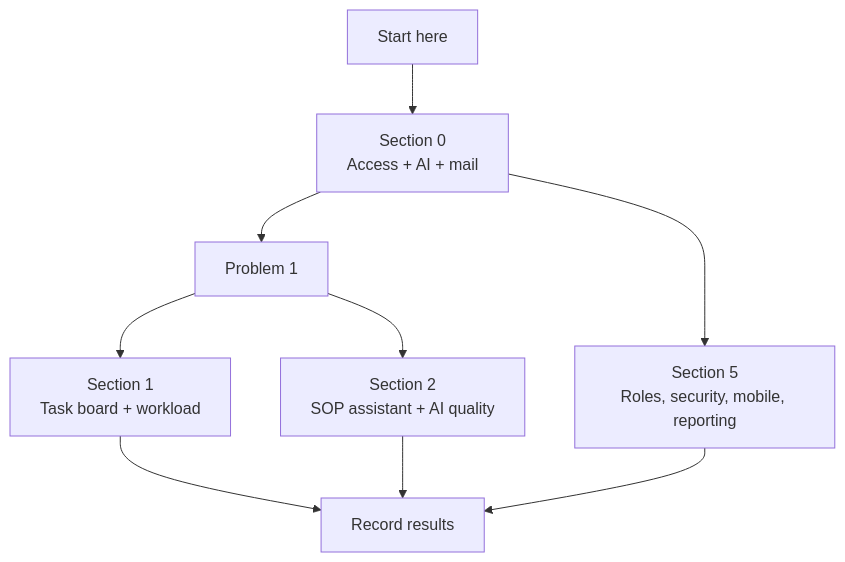
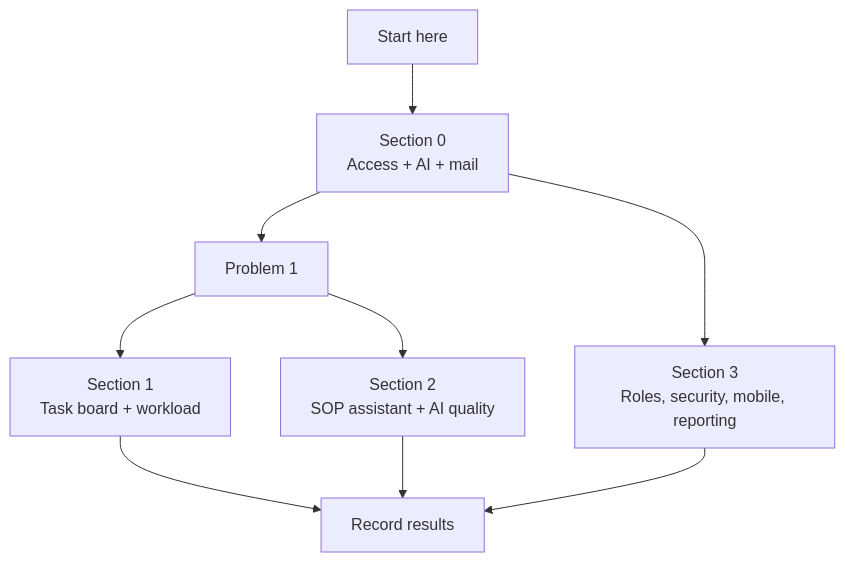
One commit to DeepxD-code/LeadDesk changed the first of 25 diagrams in docs/TESTER_GUIDE.md. Above: the diagram before and after it, drawn with Mermaid. The commit also changed other lines of this file and 8 other files, not shown here.

````diff
--- a/docs/TESTER_GUIDE.md
+++ b/docs/TESTER_GUIDE.md
@@ -32,11 +32,11 @@
 ```mermaid
 flowchart TB
   S["Start here"] --> A["Section 0<br/>Access + AI + mail"]
   A --> P1["Problem 1"]
   P1 --> S1["Section 1<br/>Task board + workload"]
   P1 --> S2["Section 2<br/>SOP assistant + AI quality"]
-  A --> X["Section 5<br/>Roles, security, mobile, reporting"]
+  A --> X["Section 3<br/>Roles, security, mobile, reporting"]
   S1 --> R["Record results"]
   S2 --> R
   X --> R
 ```
````
